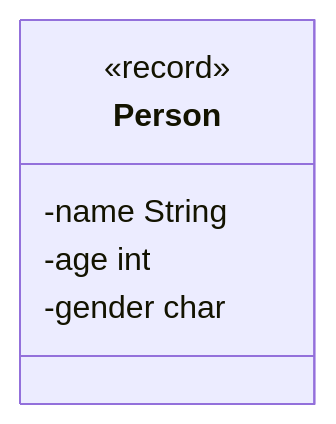
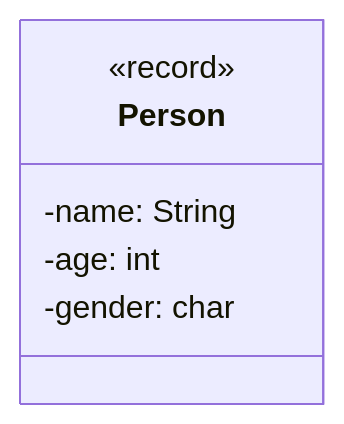
Before and after one commit to jappuccini/java-docs: the fifth of 11 diagrams in docs/documentation/uml/class-diagrams.mdx, drawn with Mermaid. The commit also changed other lines of this file and 76 other files, not shown here.

Commit message:
uml fixes (colons, properties), headline fixes (italic) and exam result updates

````diff
--- a/docs/documentation/uml/class-diagrams.mdx
+++ b/docs/documentation/uml/class-diagrams.mdx
@@ -104,9 +132,9 @@
 ```mermaid
 classDiagram
     class Person {
         <<record>>
-        -name String
-        -age int
-        -gender char
+        -name: String
+        -age: int
+        -gender: char
     }
 ```
````
